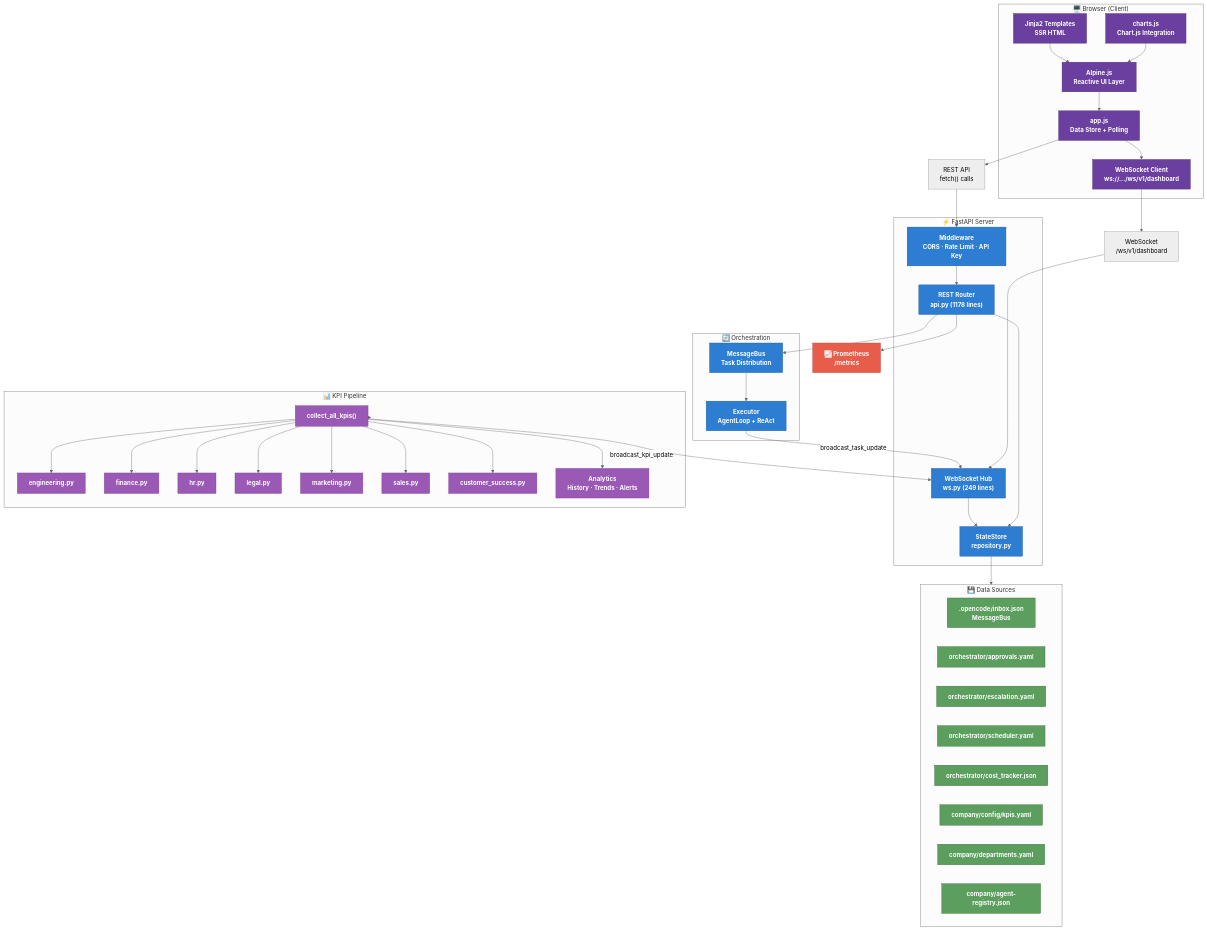
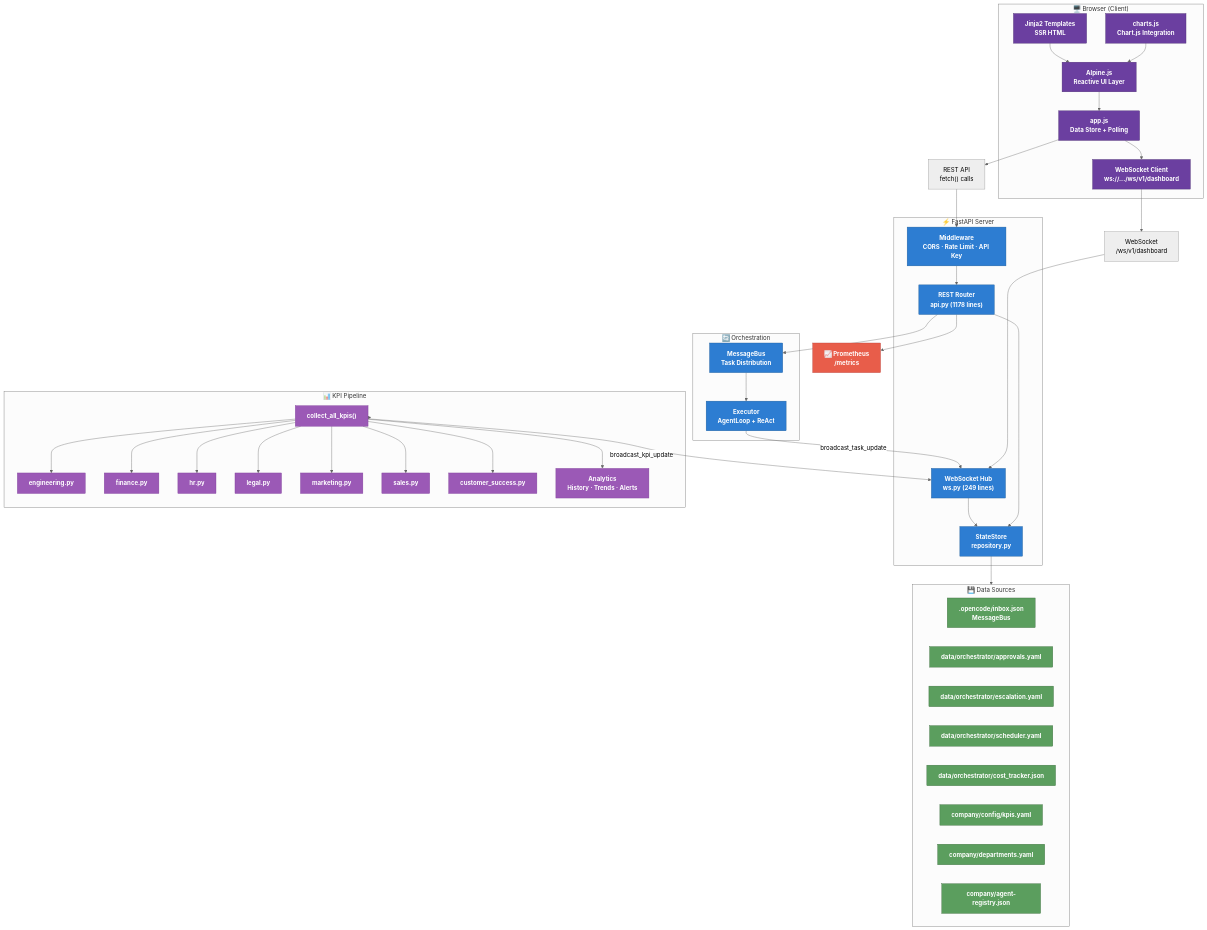
Before and after one commit to jmlusu/light-speed-holdings: the first of 2 diagrams in docs/DASHBOARD_ARCHITECTURE.md, drawn with Mermaid (neutral theme). The commit also changed other lines of this file and 108 other files, not shown here.

First line of the commit message:
feat: relocate runtime state to data/orchestrator (D-6)

```diff
--- a/docs/DASHBOARD_ARCHITECTURE.md
+++ b/docs/DASHBOARD_ARCHITECTURE.md
@@ -179,10 +179,10 @@
     %% ── Data Layer ──────────────────────────────────────────
     subgraph DATA ["💾 Data Sources"]
         INBOX[".opencode/inbox.json<br/>MessageBus"]
-        APPROVALS["orchestrator/approvals.yaml"]
-        ESCALATIONS["orchestrator/escalation.yaml"]
-        SCHEDULER["orchestrator/scheduler.yaml"]
-        COSTS["orchestrator/cost_tracker.json"]
+        APPROVALS["data/orchestrator/approvals.yaml"]
+        ESCALATIONS["data/orchestrator/escalation.yaml"]
+        SCHEDULER["data/orchestrator/scheduler.yaml"]
+        COSTS["data/orchestrator/cost_tracker.json"]
         KPIS["company/config/kpis.yaml"]
         DEPARTMENTS["company/departments.yaml"]
         REGISTRY["company/agent-registry.json"]
```
